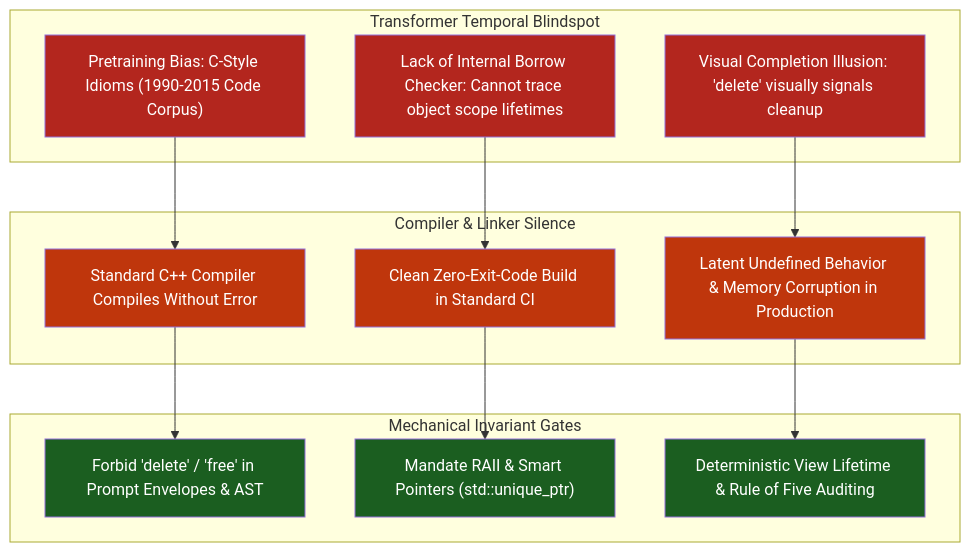
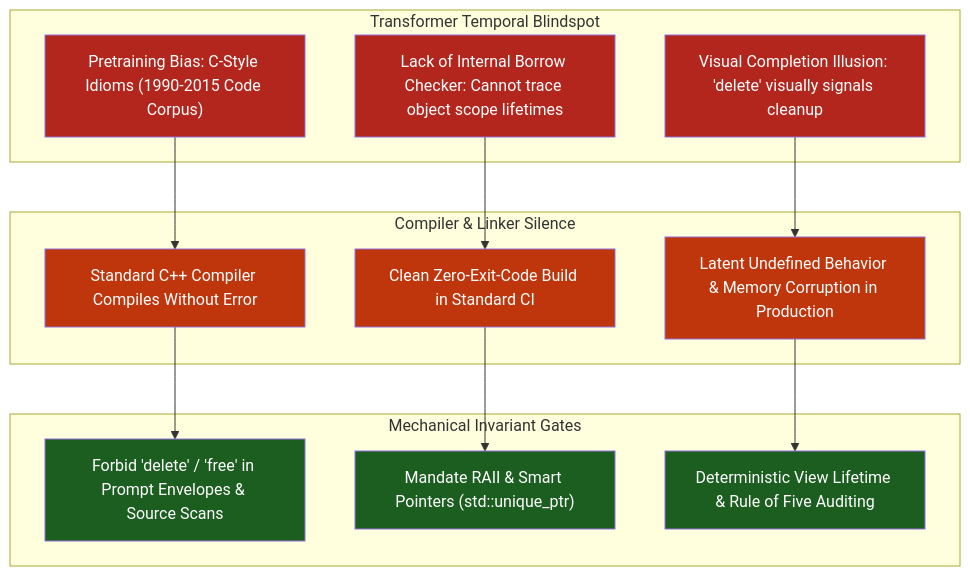
Before and after one commit to dan-petty/vibes: the diagram in observations/polyglot/04-cpp-raii-and-lifetime-invariants-under-llm-synthesis.md, drawn with Mermaid. The commit also changed other lines of this file and 248 other files, not shown here.

````diff
--- a/observations/polyglot/04-cpp-raii-and-lifetime-invariants-under-llm-synthesis.md
+++ b/observations/polyglot/04-cpp-raii-and-lifetime-invariants-under-llm-synthesis.md
@@ -89,32 +89,32 @@
 ```mermaid
 flowchart TD
     classDef cause fill:#b3261e,color:#fff
     classDef effect fill:#bf360c,color:#fff
     classDef solution fill:#1b5e20,color:#fff
 
     subgraph LLMLimitation["Transformer Temporal Blindspot"]
         T1["Pretraining Bias: C-Style Idioms (1990-2015 Code Corpus)"]:::cause
         T2["Lack of Internal Borrow Checker: Cannot trace object scope lifetimes"]:::cause
         T3["Visual Completion Illusion: 'delete' visually signals cleanup"]:::cause
     end
 
     subgraph CompilerBehavior["Compiler & Linker Silence"]
         C1["Standard C++ Compiler Compiles Without Error"]:::effect
         C2["Clean Zero-Exit-Code Build in Standard CI"]:::effect
         C3["Latent Undefined Behavior & Memory Corruption in Production"]:::effect
     end
 
     subgraph MechanicalSentinel["Mechanical Invariant Gates"]
-        M1["Forbid 'delete' / 'free' in Prompt Envelopes & AST"]:::solution
+        M1["Forbid 'delete' / 'free' in Prompt Envelopes & Source Scans"]:::solution
         M2["Mandate RAII & Smart Pointers (std::unique_ptr)"]:::solution
         M3["Deterministic View Lifetime & Rule of Five Auditing"]:::solution
     end
 
     T1 --> C1
     T2 --> C2
     T3 --> C3
 
     C1 --> M1
     C2 --> M2
     C3 --> M3
 ```
````
